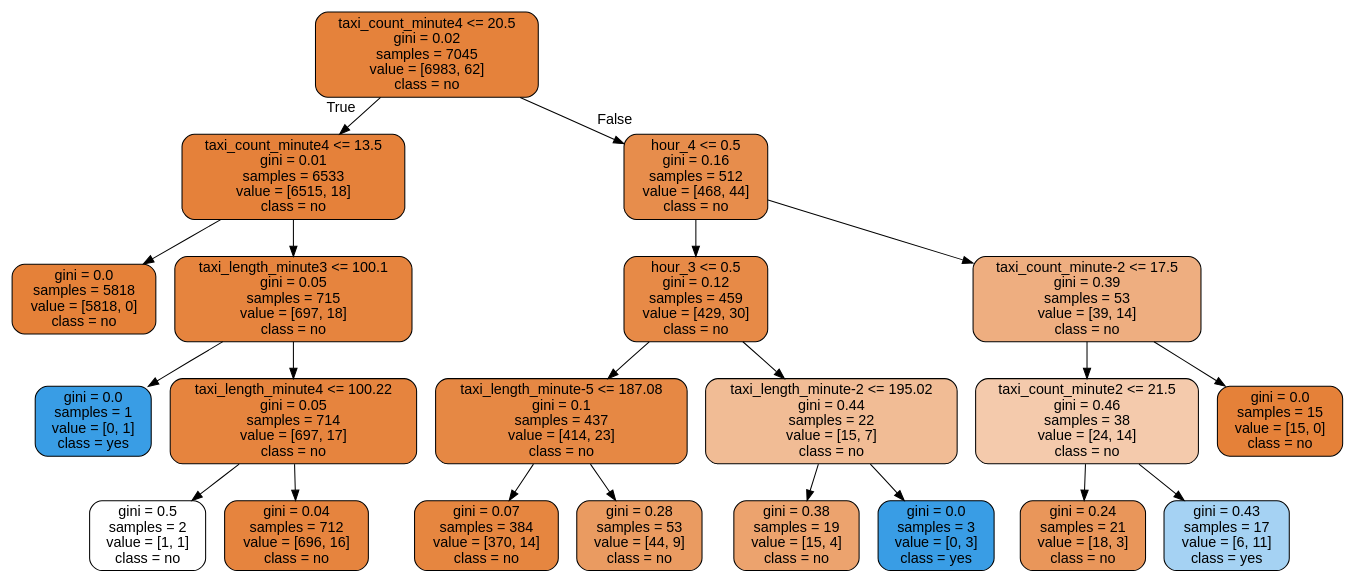
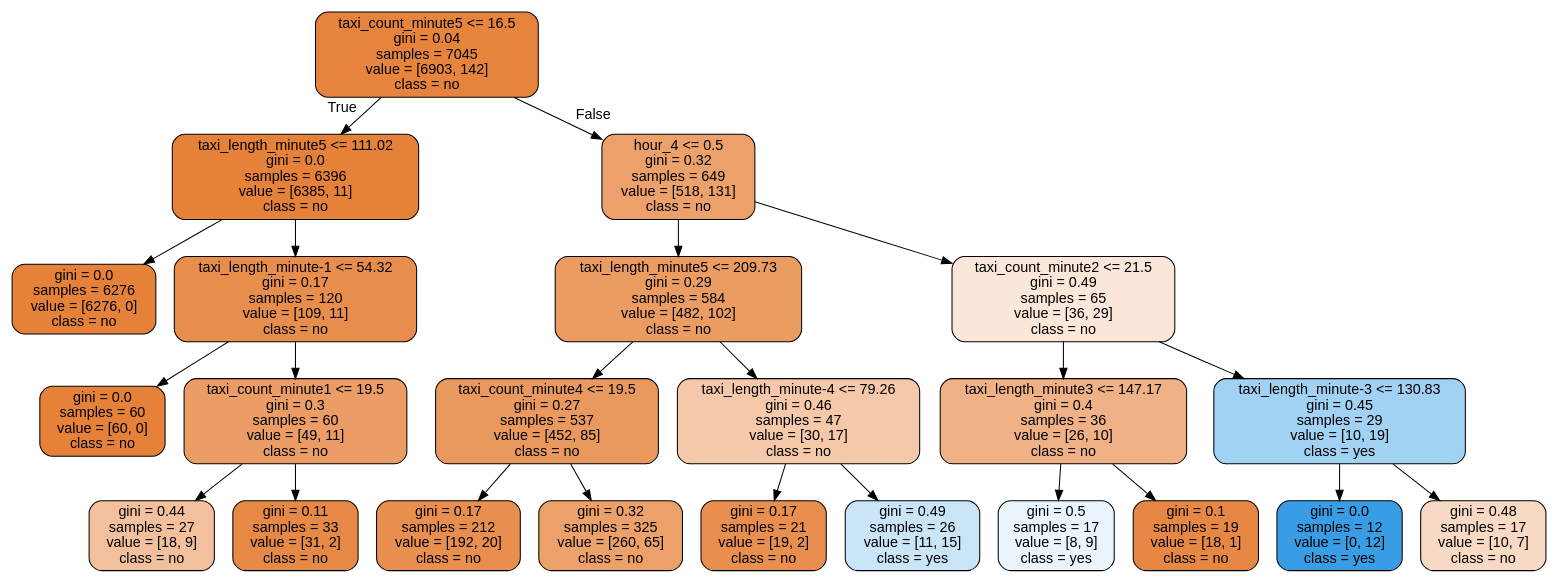
One commit to DungDinhDungDinh/capstone_project changed the diagram in t3_heavy_congestion.dot. Above: the diagram before and after it, drawn with Graphviz. The commit also changed 16 other files, not shown here.

```diff
--- a/t3_heavy_congestion.dot
+++ b/t3_heavy_congestion.dot
@@ -1,45 +1,49 @@
 digraph Tree {
 node [shape=box, style="filled, rounded", color="black", fontname="helvetica"] ;
 edge [fontname="helvetica"] ;
-0 [label="taxi_count_minute4 <= 20.5\ngini = 0.02\nsamples = 7045\nvalue = [6983, 62]\nclass = no", fillcolor="#e5823b"] ;
-1 [label="taxi_count_minute4 <= 13.5\ngini = 0.01\nsamples = 6533\nvalue = [6515, 18]\nclass = no", fillcolor="#e5813a"] ;
+0 [label="taxi_count_minute5 <= 16.5\ngini = 0.04\nsamples = 7045\nvalue = [6903, 142]\nclass = no", fillcolor="#e6843d"] ;
+1 [label="taxi_length_minute5 <= 111.02\ngini = 0.0\nsamples = 6396\nvalue = [6385, 11]\nclass = no", fillcolor="#e58139"] ;
 0 -> 1 [labeldistance=2.5, labelangle=45, headlabel="True"] ;
-2 [label="gini = 0.0\nsamples = 5818\nvalue = [5818, 0]\nclass = no", fillcolor="#e58139"] ;
+2 [label="gini = 0.0\nsamples = 6276\nvalue = [6276, 0]\nclass = no", fillcolor="#e58139"] ;
 1 -> 2 ;
-3 [label="taxi_length_minute3 <= 100.1\ngini = 0.05\nsamples = 715\nvalue = [697, 18]\nclass = no", fillcolor="#e6843e"] ;
+3 [label="taxi_length_minute-1 <= 54.32\ngini = 0.17\nsamples = 120\nvalue = [109, 11]\nclass = no", fillcolor="#e88e4d"] ;
 1 -> 3 ;
-4 [label="gini = 0.0\nsamples = 1\nvalue = [0, 1]\nclass = yes", fillcolor="#399de5"] ;
+4 [label="gini = 0.0\nsamples = 60\nvalue = [60, 0]\nclass = no", fillcolor="#e58139"] ;
 3 -> 4 ;
-5 [label="taxi_length_minute4 <= 100.22\ngini = 0.05\nsamples = 714\nvalue = [697, 17]\nclass = no", fillcolor="#e6843e"] ;
+5 [label="taxi_count_minute1 <= 19.5\ngini = 0.3\nsamples = 60\nvalue = [49, 11]\nclass = no", fillcolor="#eb9d65"] ;
 3 -> 5 ;
-6 [label="gini = 0.5\nsamples = 2\nvalue = [1, 1]\nclass = no", fillcolor="#ffffff"] ;
+6 [label="gini = 0.44\nsamples = 27\nvalue = [18, 9]\nclass = no", fillcolor="#f2c09c"] ;
 5 -> 6 ;
-7 [label="gini = 0.04\nsamples = 712\nvalue = [696, 16]\nclass = no", fillcolor="#e6843e"] ;
+7 [label="gini = 0.11\nsamples = 33\nvalue = [31, 2]\nclass = no", fillcolor="#e78946"] ;
 5 -> 7 ;
-8 [label="hour_4 <= 0.5\ngini = 0.16\nsamples = 512\nvalue = [468, 44]\nclass = no", fillcolor="#e78d4c"] ;
+8 [label="hour_4 <= 0.5\ngini = 0.32\nsamples = 649\nvalue = [518, 131]\nclass = no", fillcolor="#eca16b"] ;
 0 -> 8 [labeldistance=2.5, labelangle=-45, headlabel="False"] ;
-9 [label="hour_3 <= 0.5\ngini = 0.12\nsamples = 459\nvalue = [429, 30]\nclass = no", fillcolor="#e78a47"] ;
+9 [label="taxi_length_minute5 <= 209.73\ngini = 0.29\nsamples = 584\nvalue = [482, 102]\nclass = no", fillcolor="#eb9c63"] ;
 8 -> 9 ;
-10 [label="taxi_length_minute-5 <= 187.08\ngini = 0.1\nsamples = 437\nvalue = [414, 23]\nclass = no", fillcolor="#e68844"] ;
+10 [label="taxi_count_minute4 <= 19.5\ngini = 0.27\nsamples = 537\nvalue = [452, 85]\nclass = no", fillcolor="#ea995e"] ;
 9 -> 10 ;
-11 [label="gini = 0.07\nsamples = 384\nvalue = [370, 14]\nclass = no", fillcolor="#e68640"] ;
+11 [label="gini = 0.17\nsamples = 212\nvalue = [192, 20]\nclass = no", fillcolor="#e88e4e"] ;
 10 -> 11 ;
-12 [label="gini = 0.28\nsamples = 53\nvalue = [44, 9]\nclass = no", fillcolor="#ea9b61"] ;
+12 [label="gini = 0.32\nsamples = 325\nvalue = [260, 65]\nclass = no", fillcolor="#eca06a"] ;
 10 -> 12 ;
-13 [label="taxi_length_minute-2 <= 195.02\ngini = 0.44\nsamples = 22\nvalue = [15, 7]\nclass = no", fillcolor="#f1bc95"] ;
+13 [label="taxi_length_minute-4 <= 79.26\ngini = 0.46\nsamples = 47\nvalue = [30, 17]\nclass = no", fillcolor="#f4c8a9"] ;
 9 -> 13 ;
-14 [label="gini = 0.38\nsamples = 19\nvalue = [15, 4]\nclass = no", fillcolor="#eca36e"] ;
+14 [label="gini = 0.17\nsamples = 21\nvalue = [19, 2]\nclass = no", fillcolor="#e88e4e"] ;
 13 -> 14 ;
-15 [label="gini = 0.0\nsamples = 3\nvalue = [0, 3]\nclass = yes", fillcolor="#399de5"] ;
+15 [label="gini = 0.49\nsamples = 26\nvalue = [11, 15]\nclass = yes", fillcolor="#cae5f8"] ;
 13 -> 15 ;
-16 [label="taxi_count_minute-2 <= 17.5\ngini = 0.39\nsamples = 53\nvalue = [39, 14]\nclass = no", fillcolor="#eeae80"] ;
+16 [label="taxi_count_minute2 <= 21.5\ngini = 0.49\nsamples = 65\nvalue = [36, 29]\nclass = no", fillcolor="#fae7d9"] ;
 8 -> 16 ;
-17 [label="taxi_count_minute2 <= 21.5\ngini = 0.46\nsamples = 38\nvalue = [24, 14]\nclass = no", fillcolor="#f4caac"] ;
+17 [label="taxi_length_minute3 <= 147.17\ngini = 0.4\nsamples = 36\nvalue = [26, 10]\nclass = no", fillcolor="#efb185"] ;
 16 -> 17 ;
-18 [label="gini = 0.24\nsamples = 21\nvalue = [18, 3]\nclass = no", fillcolor="#e9965a"] ;
+18 [label="gini = 0.5\nsamples = 17\nvalue = [8, 9]\nclass = yes", fillcolor="#e9f4fc"] ;
 17 -> 18 ;
-19 [label="gini = 0.43\nsamples = 17\nvalue = [6, 11]\nclass = yes", fillcolor="#a5d2f3"] ;
+19 [label="gini = 0.1\nsamples = 19\nvalue = [18, 1]\nclass = no", fillcolor="#e68844"] ;
 17 -> 19 ;
-20 [label="gini = 0.0\nsamples = 15\nvalue = [15, 0]\nclass = no", fillcolor="#e58139"] ;
+20 [label="taxi_length_minute-3 <= 130.83\ngini = 0.45\nsamples = 29\nvalue = [10, 19]\nclass = yes", fillcolor="#a1d1f3"] ;
 16 -> 20 ;
+21 [label="gini = 0.0\nsamples = 12\nvalue = [0, 12]\nclass = yes", fillcolor="#399de5"] ;
+20 -> 21 ;
+22 [label="gini = 0.48\nsamples = 17\nvalue = [10, 7]\nclass = no", fillcolor="#f7d9c4"] ;
+20 -> 22 ;
 }
```
